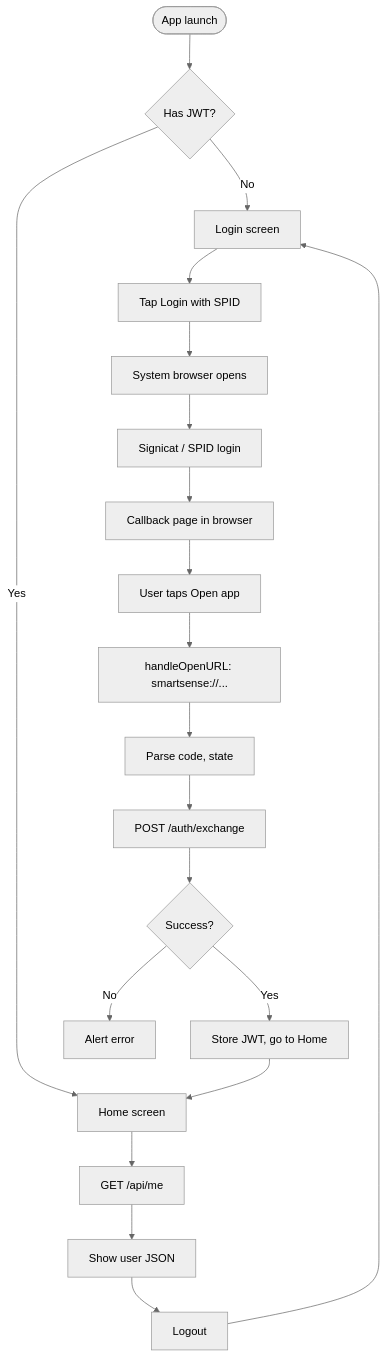
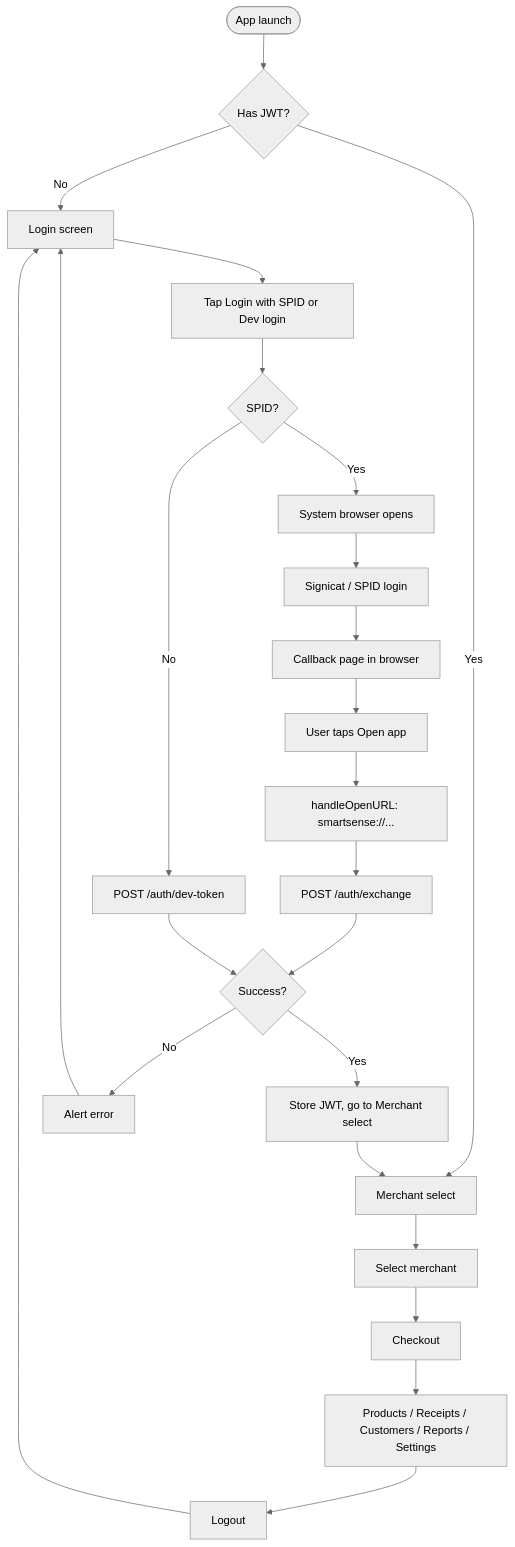
Before and after one commit to ss-vijayvavdiya/ionic-spid-poc-crs: the sixth of 8 diagrams in DOCUMENTATION.md, drawn with Mermaid (neutral theme). The commit also changed other lines of this file and 54 other files, not shown here.

````diff
--- a/DOCUMENTATION.md
+++ b/DOCUMENTATION.md
@@ -250,22 +268,26 @@
 ```mermaid
 flowchart TD
     A([App launch]) --> B{Has JWT?}
     B -->|No| C[Login screen]
-    B -->|Yes| D[Home screen]
-    C --> E[Tap Login with SPID]
-    E --> F[System browser opens]
-    F --> G["Signicat / SPID login"]
-    G --> H[Callback page in browser]
-    H --> I[User taps Open app]
-    I --> J["handleOpenURL: smartsense://..."]
-    J --> K[Parse code, state]
+    B -->|Yes| D[Merchant select]
+    C --> E[Tap Login with SPID or Dev login]
+    E --> F{SPID?}
+    F -->|Yes| G[System browser opens]
+    G --> H["Signicat / SPID login"]
+    H --> I[Callback page in browser]
+    I --> J[User taps Open app]
+    J --> K["handleOpenURL: smartsense://..."]
     K --> L["POST /auth/exchange"]
-    L --> M{Success?}
-    M -->|Yes| N[Store JWT, go to Home]
-    M -->|No| O[Alert error]
-    N --> D
-    D --> P["GET /api/me"]
-    P --> Q[Show user JSON]
-    Q --> R[Logout]
-    R --> C
+    F -->|No| M["POST /auth/dev-token"]
+    L --> N{Success?}
+    M --> N
+    N -->|Yes| O[Store JWT, go to Merchant select]
+    N -->|No| P[Alert error]
+    P --> C
+    O --> D
+    D --> Q[Select merchant]
+    Q --> R[Checkout]
+    R --> S[Products / Receipts / Customers / Reports / Settings]
+    S --> T[Logout]
+    T --> C
 ```
````
